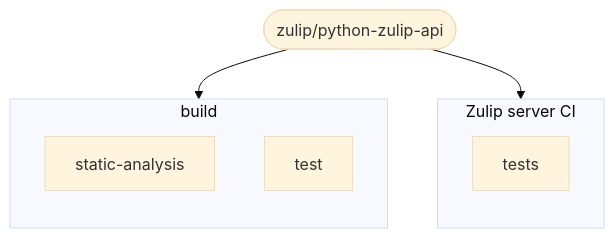
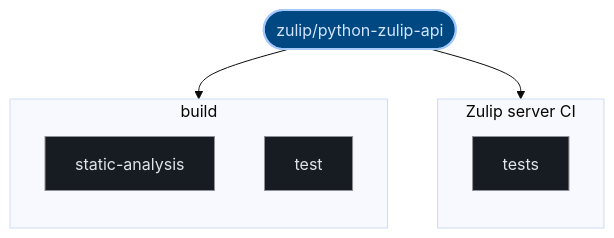
The third of 3 diagrams in exports/latest/reports/zulip-python-zulip-api-report.md (kumarshaz/atruss-code-atlas), drawn with Mermaid (base theme) before and after one commit. The commit also changed other lines of this file and 331 other files, not shown here.

Commit message:
docs,ui,fix: update SDLC docs, reorder CI/CD DAG first, stylize Mermaid, and fix Arc42 pipeline topology

````diff
--- a/exports/latest/reports/zulip-python-zulip-api-report.md
+++ b/exports/latest/reports/zulip-python-zulip-api-report.md
@@ -170,15 +181,22 @@
 ```mermaid
 graph TD;
-  pipeline_root(["zulip/python-zulip-api"])
+  classDef atlasRoot fill:#004882,stroke:#a3c9ff,stroke-width:2px,color:#d3e4ff
+  classDef atlasCategory fill:#212428,stroke:#E87A48,stroke-width:1.5px,color:#dfe3eb
+  classDef atlasWorkflow fill:#1b2026,stroke:#a3c9ff,stroke-width:1.5px,color:#dfe3eb
+  classDef atlasJob fill:#171c22,stroke:#8d9199,stroke-width:1px,color:#dfe3eb
+  classDef atlasTarget fill:#005227,stroke:#8bd99b,stroke-width:1.5px,color:#a7f6b6
+  classDef atlasAlert fill:#93000a,stroke:#ffb4ab,stroke-width:1.5px,color:#ffdad6
+  classDef atlasMore fill:#252a31,stroke:#8d9199,stroke-dasharray:4 4,color:#c3c6cf
+  pipeline_root(["zulip/python-zulip-api"]):::atlasRoot
   subgraph Zulip_server_CI_0["Zulip server CI"]
     direction TB
-    0_tests["tests"]
+    0_tests["tests"]:::atlasJob
   end
   pipeline_root --> 0_tests
   subgraph build_1["build"]
     direction TB
-    1_static_analysis["static-analysis"]
-    1_test["test"]
+    1_static_analysis["static-analysis"]:::atlasJob
+    1_test["test"]:::atlasJob
   end
   pipeline_root --> 1_static_analysis
 ```
````
